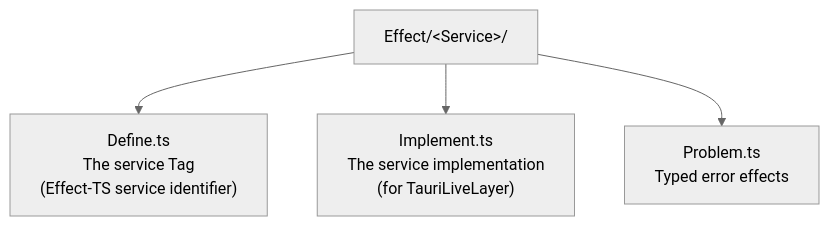
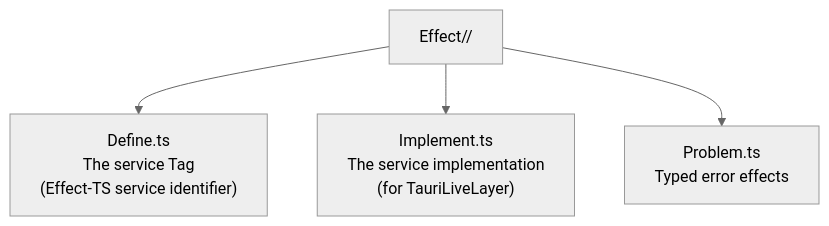
One commit to CodeEditorLand/Site changed the third of 5 diagrams in Source/Content/doc/wind.md. Above: the diagram before and after it, drawn with Mermaid (neutral theme). The commit also changed 1 other file, not shown here.

Commit message:
fix(doc): Correct HTML entity references in mermaid diagrams for Echo and Wind documentation

````diff
--- a/Source/Content/doc/wind.md
+++ b/Source/Content/doc/wind.md
@@ -131,7 +131,7 @@
 ```mermaid
 graph TB
-    Dir["Effect/&lt;Service&gt;/"]
+    Dir["Effect/<Service>/"]
     Dir --> Define["Define.ts<br/>The service Tag<br/>(Effect-TS service identifier)"]
     Dir --> Implement["Implement.ts<br/>The service implementation<br/>(for TauriLiveLayer)"]
     Dir --> Problem["Problem.ts<br/>Typed error effects"]
 ```
````
